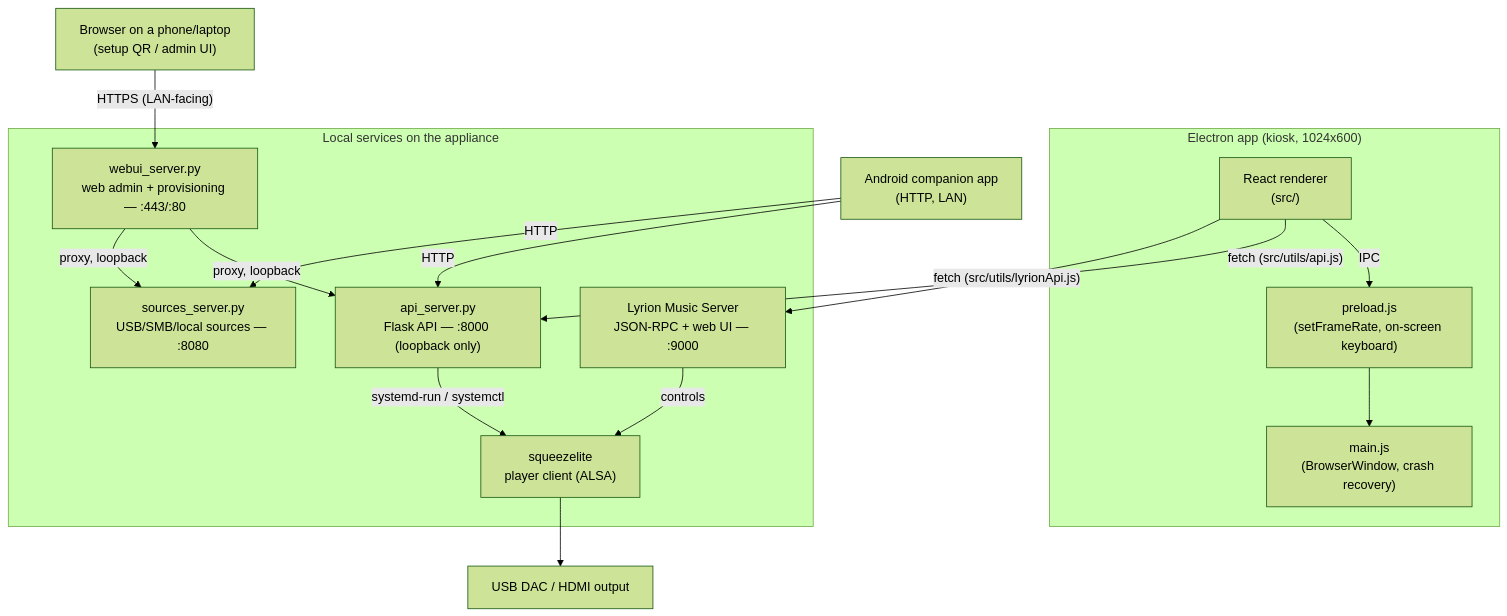
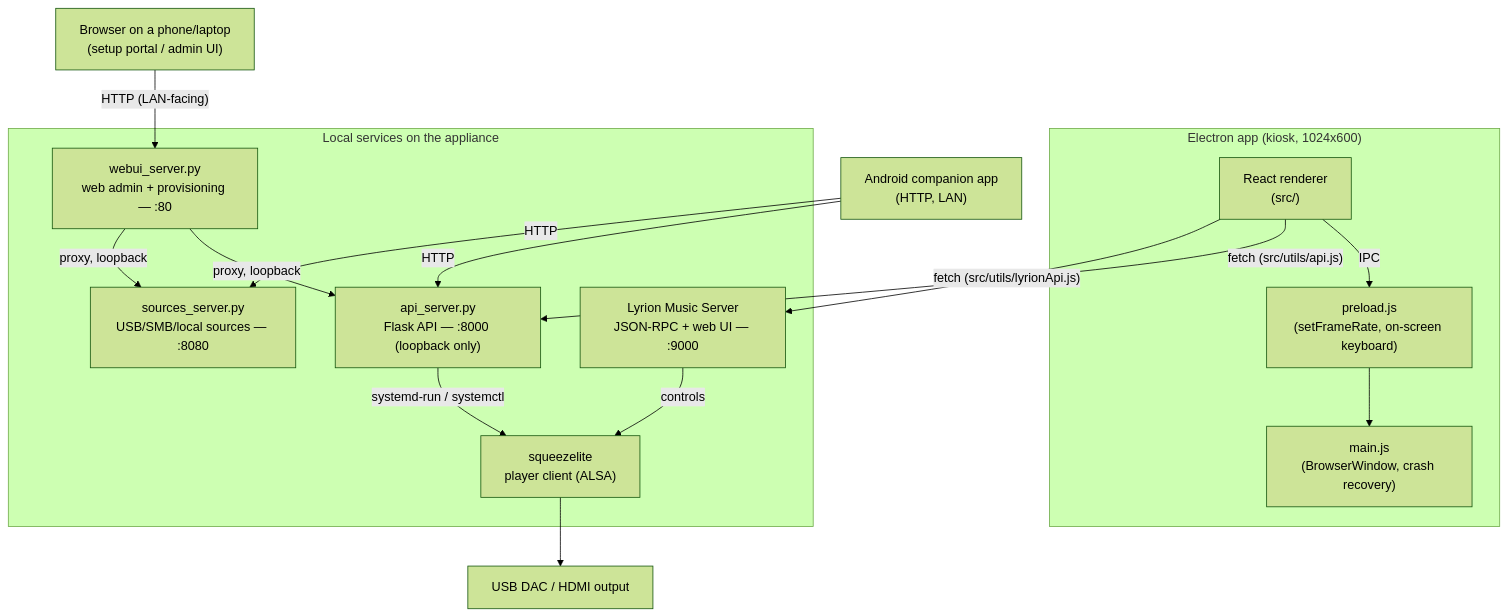
The diagram in ARCHITECTURE.md (adri6412/osmium-sound), drawn with Mermaid (forest theme) before and after one commit. The commit also changed other lines of this file, not shown here.

First line of the commit message:
docs(architecture): the setup flow has no hotspot, and webui is plain HTTP

````diff
--- a/ARCHITECTURE.md
+++ b/ARCHITECTURE.md
@@ -9,33 +9,33 @@
 ```mermaid
 flowchart TB
     subgraph UI["Electron app (kiosk, 1024x600)"]
         Renderer["React renderer\n(src/)"]
         Preload["preload.js\n(setFrameRate, on-screen keyboard)"]
         Main["main.js\n(BrowserWindow, crash recovery)"]
     end
 
     subgraph Local["Local services on the appliance"]
         Flask["api_server.py\nFlask API — :8000 (loopback only)"]
         Sources["sources_server.py\nUSB/SMB/local sources — :8080"]
-        WebUI["webui_server.py\nweb admin + provisioning — :443/:80"]
+        WebUI["webui_server.py\nweb admin + provisioning — :80"]
         Lyrion["Lyrion Music Server\nJSON-RPC + web UI — :9000"]
         Squeezelite["squeezelite\nplayer client (ALSA)"]
     end
 
     DAC["USB DAC / HDMI output"]
     Phone["Android companion app\n(HTTP, LAN)"]
-    Browser["Browser on a phone/laptop\n(setup QR / admin UI)"]
+    Browser["Browser on a phone/laptop\n(setup portal / admin UI)"]
 
     Renderer -- IPC --> Preload
     Preload --> Main
     Renderer -- "fetch (src/utils/api.js)" --> Flask
     Renderer -- "fetch (src/utils/lyrionApi.js)" --> Lyrion
     Flask -- systemd-run / systemctl --> Squeezelite
     Lyrion -- controls --> Squeezelite
     Squeezelite --> DAC
     Phone -- HTTP --> Flask
     Phone -- HTTP --> Sources
-    Browser -- "HTTPS (LAN-facing)" --> WebUI
+    Browser -- "HTTP (LAN-facing)" --> WebUI
     WebUI -- "proxy, loopback" --> Flask
     WebUI -- "proxy, loopback" --> Sources
 ```
````
